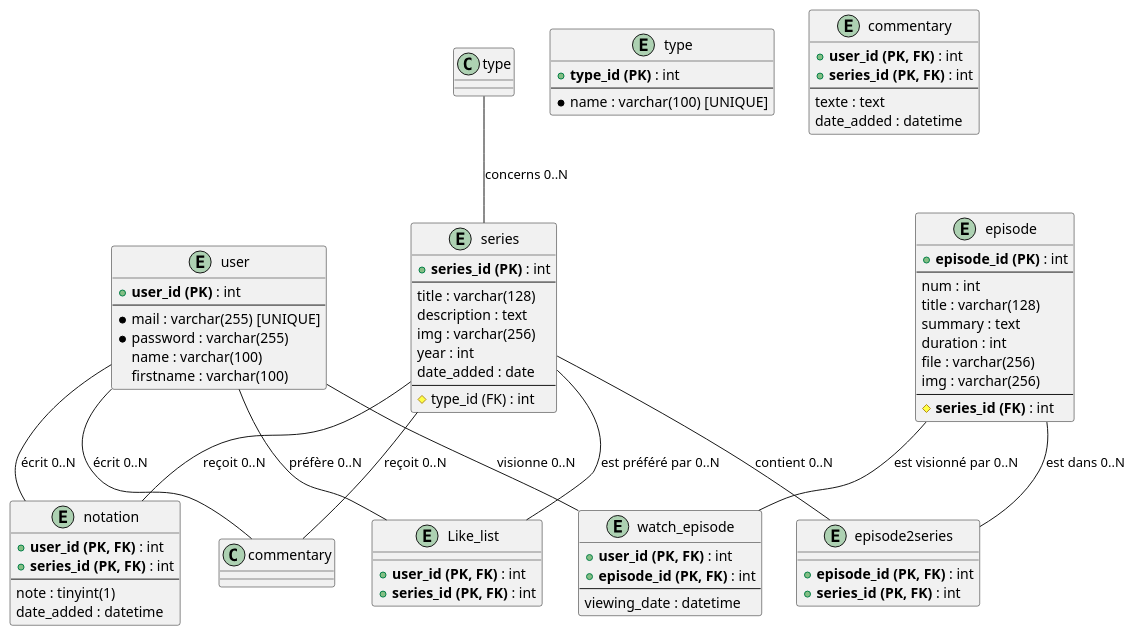
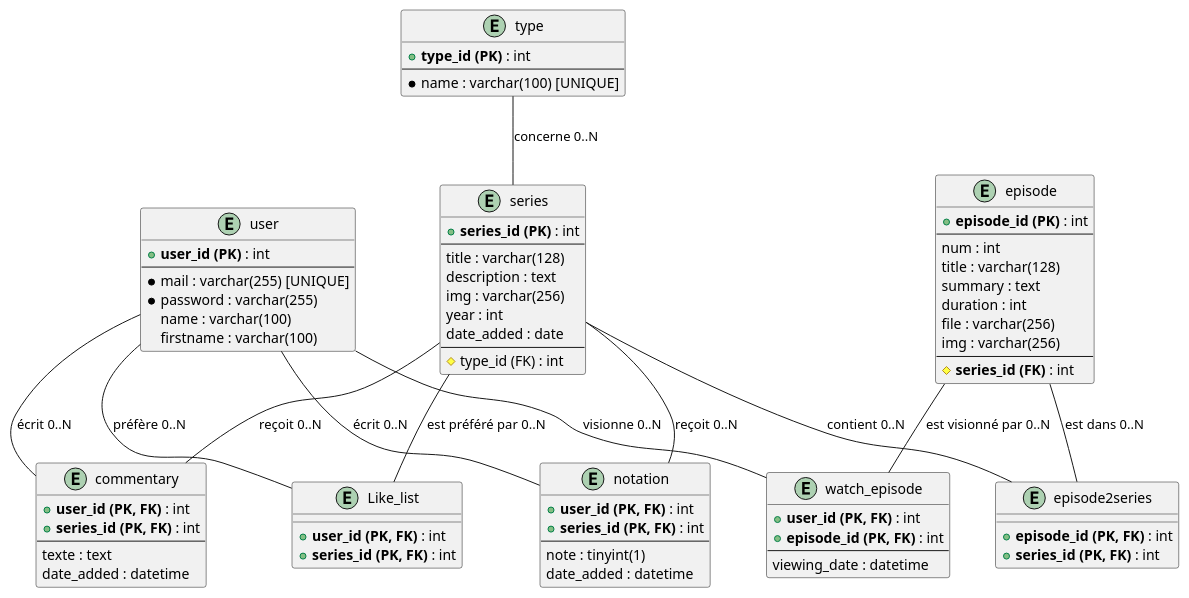
Before and after one commit to Adri1-13/OnlyFilms: the diagram in sql/UMLbd.puml, drawn with PlantUML.

Commit message:
maj puml, normalement fini

```diff
--- a/sql/UMLbd.puml
+++ b/sql/UMLbd.puml
@@ -1,101 +1,101 @@
 @startuml
 
 ' Définition des tables
 
 entity "user" as User {
   + **user_id (PK)** : int
   --
   * mail : varchar(255) [UNIQUE]
   * password : varchar(255)
   name : varchar(100)
   firstname : varchar(100)
 }
 
 entity "series" as Series {
   + **series_id (PK)** : int
   --
   title : varchar(128)
   description : text
   img : varchar(256)
   year : int
   date_added : date
   --
   # type_id (FK) : int
 }
 
 entity "episode" as Episode {
   + **episode_id (PK)** : int
   --
   num : int
   title : varchar(128)
   summary : text
   duration : int
   file : varchar(256)
   img : varchar(256)
   --
   # **series_id (FK)** : int
 }
 
 entity "type" as Type {
   + **type_id (PK)** : int
   --
   * name : varchar(100) [UNIQUE]
 }
 
 ' Tables d'association
 
 entity "commentary" as Commentary {
   + **user_id (PK, FK)** : int
   + **series_id (PK, FK)** : int
   --
   texte : text
   date_added : datetime
 }
 
 entity "notation" as Notation {
   + **user_id (PK, FK)** : int
   + **series_id (PK, FK)** : int
   --
   note : tinyint(1)
   date_added : datetime
 }
 
 entity "episode2series" as Episode2Series {
   + **episode_id (PK, FK)** : int
   + **series_id (PK, FK)** : int
 }
 
 entity "Like_list" as LikeList {
   + **user_id (PK, FK)** : int
   + **series_id (PK, FK)** : int
 }
 
 entity "watch_episode" as WatchEpisode {
   + **user_id (PK, FK)** : int
   + **episode_id (PK, FK)** : int
   --
   viewing_date : datetime
 }
 
 
 ' Définition des relations
-type -- Series : "concerns 0..N"
+Type -- Series : "concerne 0..N"
 
 
 ' Tables de liaison
-User -- commentary : "écrit 0..N"
-Series -- commentary : "reçoit 0..N"
+User -- Commentary : "écrit 0..N"
+Series -- Commentary : "reçoit 0..N"
 
 User -- Notation : "écrit 0..N"
 Series -- Notation : "reçoit 0..N"
 
 User -- LikeList : "préfère 0..N"
 Series -- LikeList : "est préféré par 0..N"
 
 User -- WatchEpisode : "visionne 0..N"
 Episode -- WatchEpisode : "est visionné par 0..N"
 
 Series -- Episode2Series : "contient 0..N"
 Episode -- Episode2Series : "est dans 0..N"
 
 @enduml
```
